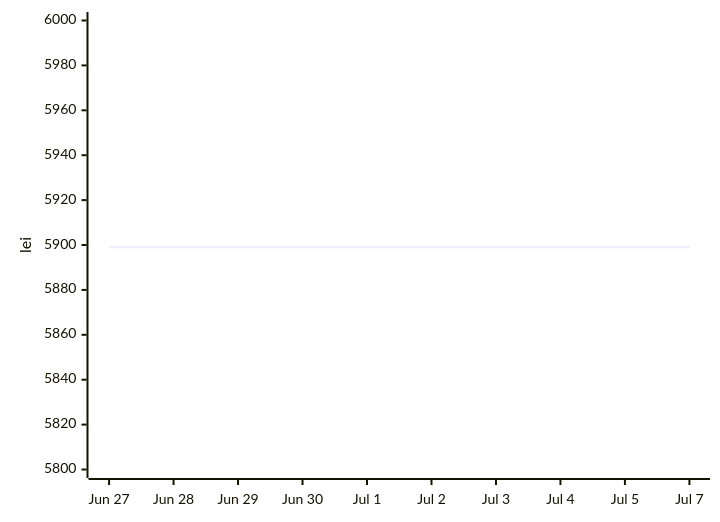
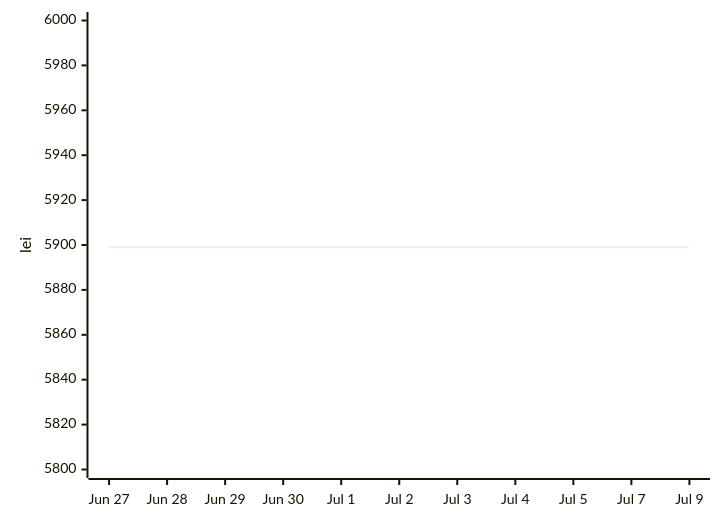
One commit to anagheioan/laptop-price-monitor changed the second of 2 diagrams in README.md. Above: the diagram before and after it, drawn with Mermaid. The commit also changed other lines of this file and 1 other file, not shown here.

Commit message:
Price check 2026-07-09

````diff
--- a/README.md
+++ b/README.md
@@ -29,6 +29,6 @@
 ```mermaid
 xychart-beta
-    x-axis ["Jun 27", "Jun 28", "Jun 29", "Jun 30", "Jul 1", "Jul 2", "Jul 3", "Jul 4", "Jul 5", "Jul 7"]
+    x-axis ["Jun 27", "Jun 28", "Jun 29", "Jun 30", "Jul 1", "Jul 2", "Jul 3", "Jul 4", "Jul 5", "Jul 7", "Jul 9"]
     y-axis "lei" 5800 --> 6000
-    line [5899.0, 5899.0, 5899.0, 5899.0, 5899.0, 5899.0, 5899.0, 5899.0, 5899.0, 5899.0]
+    line [5899.0, 5899.0, 5899.0, 5899.0, 5899.0, 5899.0, 5899.0, 5899.0, 5899.0, 5899.0, 5899.0]
 ```
````
